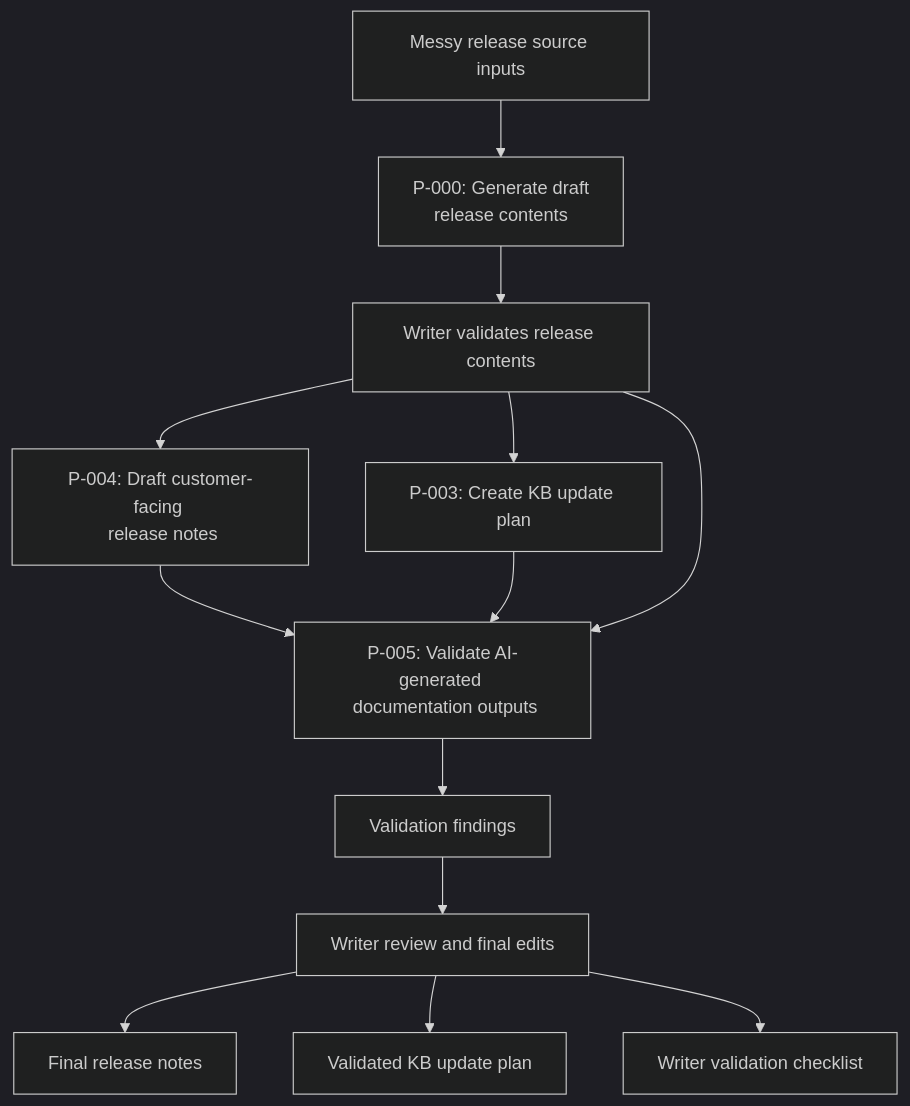
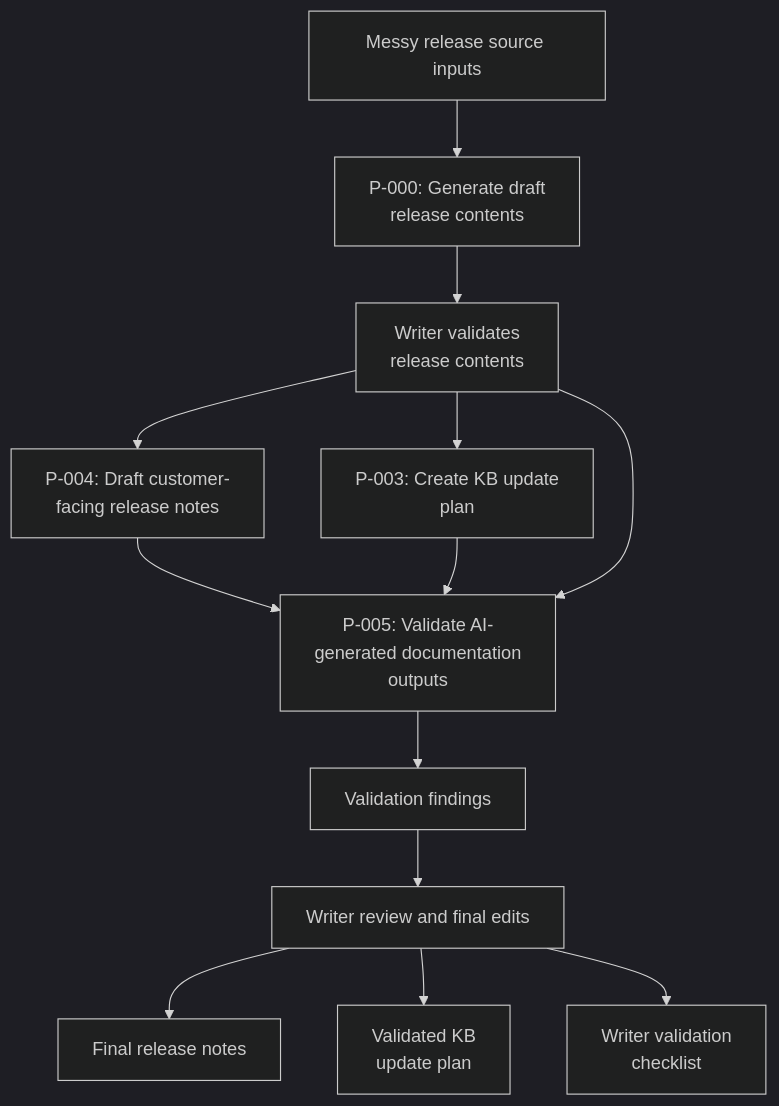
Before and after one commit to klwarde/ai-assisted-release-documentation-workflow: the diagram in README.md, drawn with Mermaid (dark theme). The commit also changed other lines of this file and 2 other files, not shown here.

Commit message:
Update case study, readme, and project management tracker

````diff
--- a/README.md
+++ b/README.md
@@ -24,15 +24,15 @@
 ```mermaid
 flowchart TD
-    A[Messy release source inputs] --> B[P-000: Generate draft <br> release contents]
-    B --> C[Writer validates release contents]
-    C --> D[P-004: Draft customer-facing <br> release notes]
-    C --> E[P-003: Create KB update plan]
-    D --> F[P-005: Validate AI-generated <br> documentation outputs]
+    A[Messy release source inputs] --> B[P-000: Generate draft <br />release contents]
+    B --> C[Writer validates <br /> release contents]
+    C --> D[P-004: Draft customer-<br />facing release notes]
+    C --> E[P-003: Create KB update <br />plan]
+    D --> F[P-005: Validate AI-<br />generated documentation <br />outputs]
     E --> F
     C --> F
     F --> G[Validation findings]
     G --> H[Writer review and final edits]
     H --> I[Final release notes]
-    H --> J[Validated KB update plan]
-    H --> K[Writer validation checklist]
+    H --> J[Validated KB <br />update plan]
+    H --> K[Writer validation <br />checklist]
 ```
````
